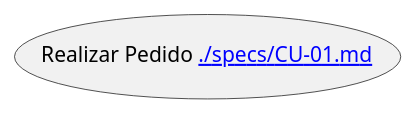
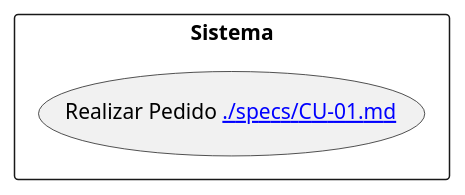
Diagram 19 of 26 in Ingeniería del Software I/Materiales/Introducción casos de uso.md (gaaguirrer/Clases), drawn with PlantUML before and after one commit. The commit also changed other lines of this file and 14 other files, not shown here.

````diff
--- a/Ingeniería del Software I/Materiales/Introducción casos de uso.md
+++ b/Ingeniería del Software I/Materiales/Introducción casos de uso.md
@@ -648,5 +748,7 @@
 ```plantuml
 @startuml
-usecase "Realizar Pedido [[./specs/CU-01.md]]" as RP
+rectangle "Sistema" {
+    usecase "Realizar Pedido [[./specs/CU-01.md]]" as RP
+}
 @enduml
 ```
````
